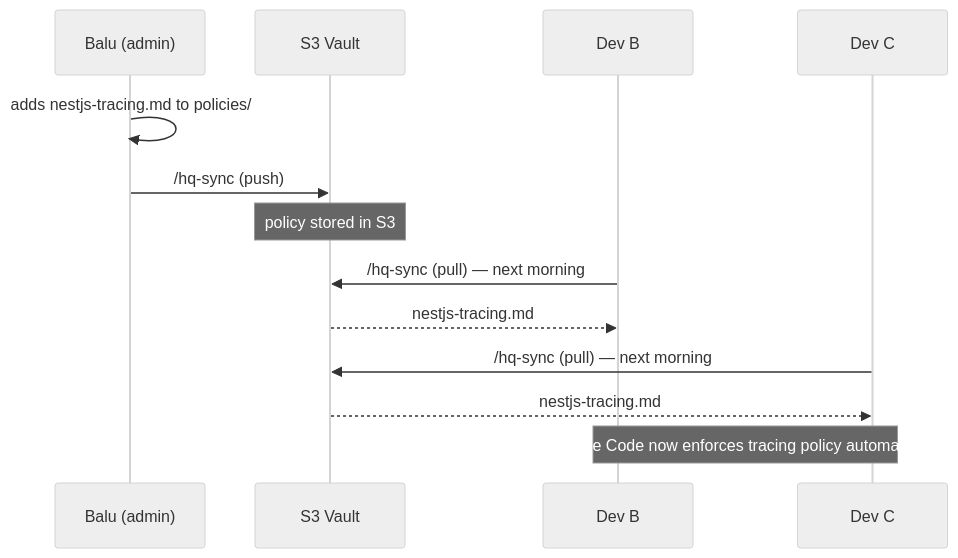
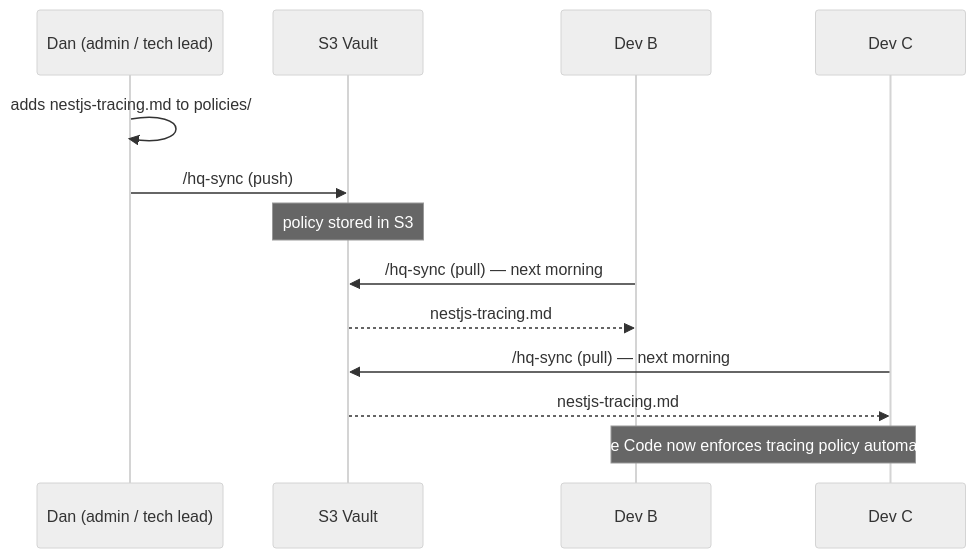
One commit to bissell-inc/hq-core changed the fourth of 4 diagrams in docs/bissell-hq-architecture.md. Above: the diagram before and after it, drawn with Mermaid (neutral theme). The commit also changed other lines of this file, not shown here.

````diff
--- a/docs/bissell-hq-architecture.md
+++ b/docs/bissell-hq-architecture.md
@@ -163,16 +163,16 @@
 ```mermaid
 sequenceDiagram
-    participant Admin as Balu (admin)
+    participant Admin as Dan (admin / tech lead)
     participant S3 as S3 Vault
     participant DevB as Dev B
     participant DevC as Dev C
 
     Admin->>Admin: adds nestjs-tracing.md to policies/
     Admin->>S3: /hq-sync (push)
     Note over S3: policy stored in S3
     DevB->>S3: /hq-sync (pull) — next morning
     S3-->>DevB: nestjs-tracing.md
     DevC->>S3: /hq-sync (pull) — next morning
     S3-->>DevC: nestjs-tracing.md
     Note over DevB,DevC: Claude Code now enforces tracing policy automatically
 ```
````
